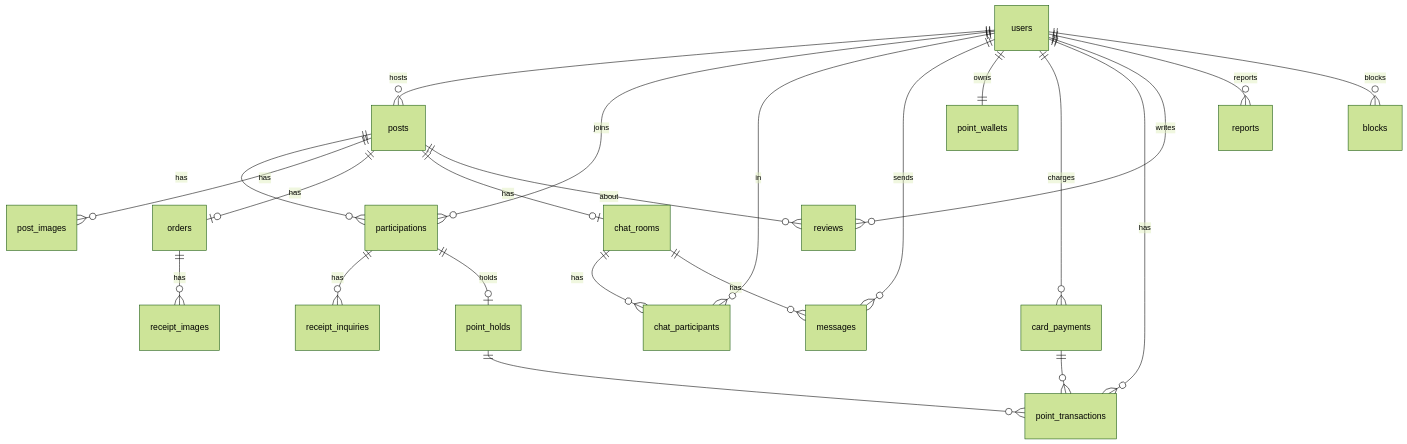
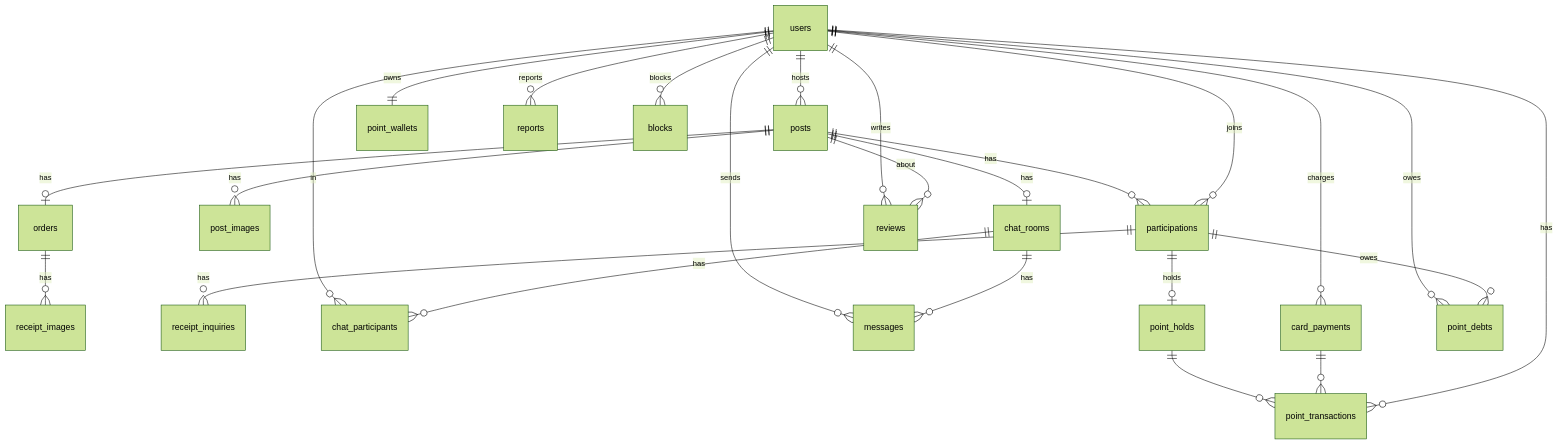
Before and after one commit to Sik-Gu/Backend: the diagram in docs/DB.md, drawn with Mermaid (forest theme). The commit also changed other lines of this file and 6 other files, not shown here.

````diff
--- a/docs/DB.md
+++ b/docs/DB.md
@@ -322,25 +362,27 @@
 ```mermaid
 erDiagram
     users ||--o{ posts : hosts
     users ||--o{ participations : joins
     posts ||--o{ participations : has
     posts ||--o{ post_images : has
     posts ||--o| orders : has
     orders ||--o{ receipt_images : has
     participations ||--o{ receipt_inquiries : has
     posts ||--o| chat_rooms : has
     chat_rooms ||--o{ chat_participants : has
     users ||--o{ chat_participants : in
     chat_rooms ||--o{ messages : has
     users ||--o{ messages : sends
     users ||--|| point_wallets : owns
     users ||--o{ card_payments : charges
     participations ||--o| point_holds : holds
     users ||--o{ point_transactions : has
     card_payments ||--o{ point_transactions : ""
     point_holds ||--o{ point_transactions : ""
     posts ||--o{ reviews : about
     users ||--o{ reviews : writes
     users ||--o{ reports : reports
     users ||--o{ blocks : blocks
+    participations ||--o{ point_debts : owes
+    users ||--o{ point_debts : owes
 ```
````
